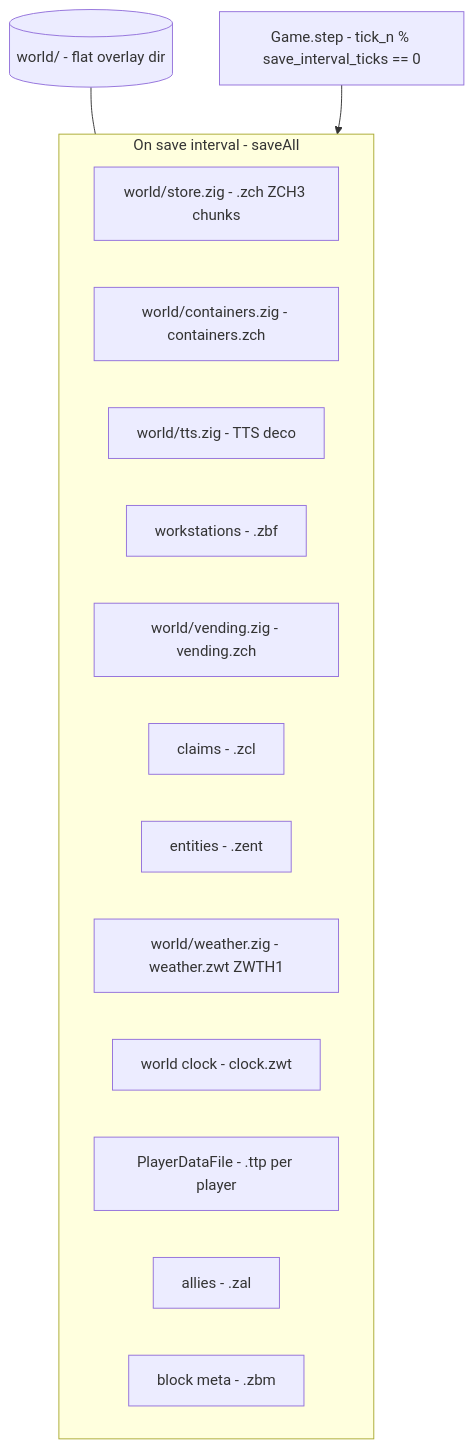
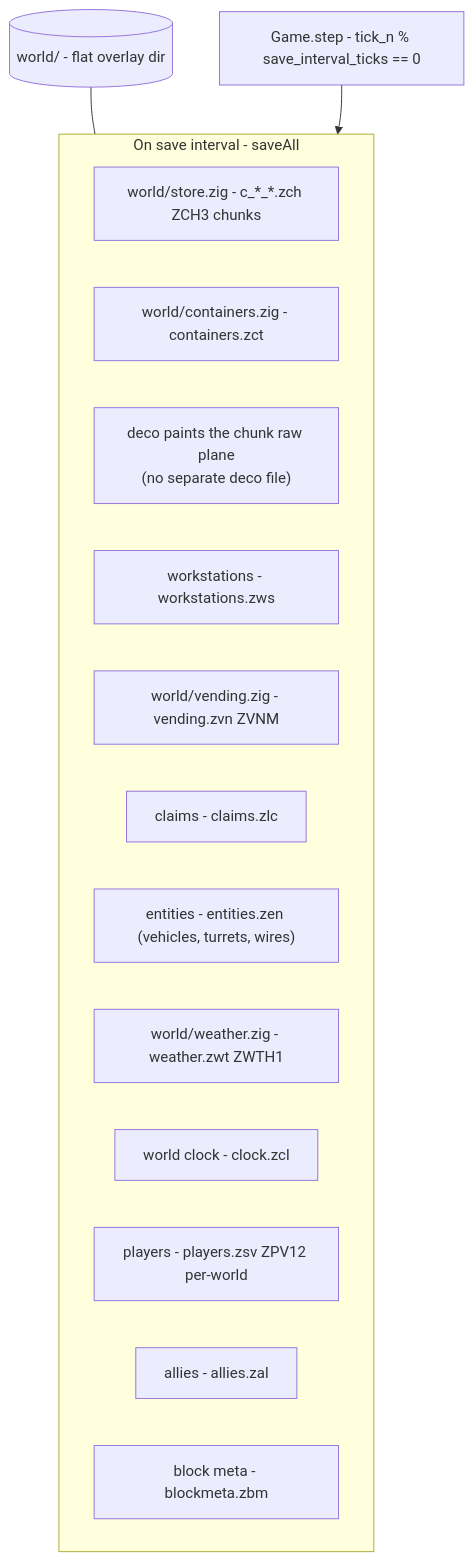
Diagram 18 of 19 in docs/ARCHITECTURE.md (hordeforge/zdtd-server), drawn with Mermaid before and after one commit. The commit also changed other lines of this file, not shown here.

Commit message:
docs(ARCHITECTURE): fix addon list (all six mods) + persistence save-file extensions in 10.3 (containers.zct, workstations.zws, vending.zvn ZVNM1, claims.zlc, entities.zen, clock.zcl, players.zsv ZPV12; deco rides chunk plane)

````diff
--- a/docs/ARCHITECTURE.md
+++ b/docs/ARCHITECTURE.md
@@ -643,19 +643,19 @@
 ```mermaid
 flowchart TB
     subgraph save["On save interval - saveAll"]
-        CHUNKS["world/store.zig - .zch ZCH3 chunks"]
-        CONTAINERS["world/containers.zig - containers.zch"]
-        TTS["world/tts.zig - TTS deco"]
-        WS["workstations - .zbf"]
-        VEND["world/vending.zig - vending.zch"]
-        CLAIMS["claims - .zcl"]
-        ENTITIES["entities - .zent"]
+        CHUNKS["world/store.zig - c_*_*.zch ZCH3 chunks"]
+        CONTAINERS["world/containers.zig - containers.zct"]
+        TTS["deco paints the chunk raw plane<br/>(no separate deco file)"]
+        WS["workstations - workstations.zws"]
+        VEND["world/vending.zig - vending.zvn ZVNM"]
+        CLAIMS["claims - claims.zlc"]
+        ENTITIES["entities - entities.zen (vehicles, turrets, wires)"]
         WEATHER["world/weather.zig - weather.zwt ZWTH1"]
-        CLOCK["world clock - clock.zwt"]
-        PLAYERS["PlayerDataFile - .ttp per player"]
-        ALLIES["allies - .zal"]
-        META["block meta - .zbm"]
+        CLOCK["world clock - clock.zcl"]
+        PLAYERS["players - players.zsv ZPV12 per-world"]
+        ALLIES["allies - allies.zal"]
+        META["block meta - blockmeta.zbm"]
     end
     WORLD_DIR[("world/ - flat overlay dir")] --- save
     TICK2["Game.step - tick_n % save_interval_ticks == 0"] --> save
 ```
````
